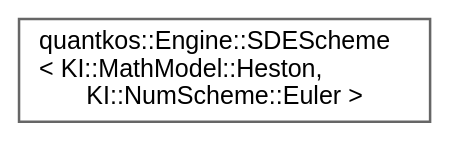
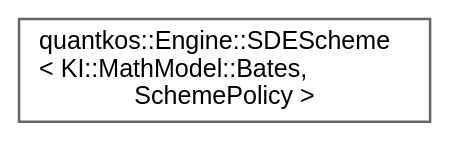
Before and after one commit to zeno-geddo/QuantKos: the diagram in dev-zen/inherit_graph_38.dot, drawn with Graphviz. The commit also changed 171 other files, not shown here.

```diff
--- a/dev-zen/inherit_graph_38.dot
+++ b/dev-zen/inherit_graph_38.dot
@@ -1,9 +1,9 @@
 digraph "Graphical Class Hierarchy"
 {
  // LATEX_PDF_SIZE
   bgcolor="transparent";
   edge [fontname=Helvetica,fontsize=10,labelfontname=Helvetica,labelfontsize=10];
   node [fontname=Helvetica,fontsize=10,shape=box,height=0.2,width=0.4];
   rankdir="LR";
-  Node0 [id="Node000000",label="quantkos::Engine::SDEScheme\l\< KI::MathModel::Heston,\l KI::NumScheme::Euler \>",height=0.2,width=0.4,color="grey40", fillcolor="white", style="filled",URL="$structquantkos_1_1Engine_1_1SDEScheme_3_01KI_1_1MathModel_1_1Heston_00_01KI_1_1NumScheme_1_1Euler_01_4.html",tooltip="Euler-Maruyama discretization scheme for the Heston Stochastic Volatility Model."];
+  Node0 [id="Node000000",label="quantkos::Engine::SDEScheme\l\< KI::MathModel::Bates,\l SchemePolicy \>",height=0.2,width=0.4,color="grey40", fillcolor="white", style="filled",URL="$structquantkos_1_1Engine_1_1SDEScheme_3_01KI_1_1MathModel_1_1Bates_00_01SchemePolicy_01_4.html",tooltip="Universal Jump-Diffusion wrapper for the Bates model."];
 }
```
